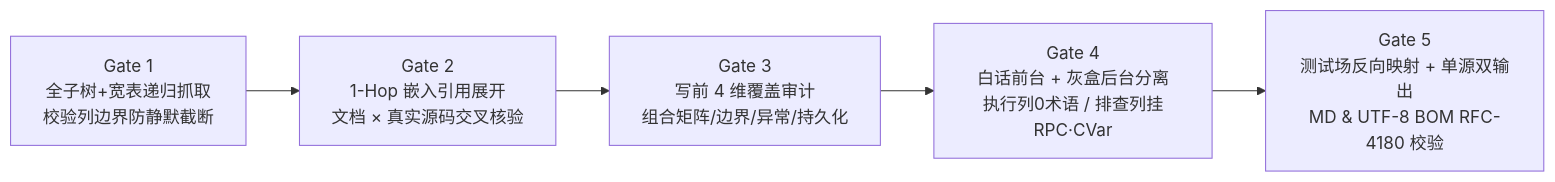
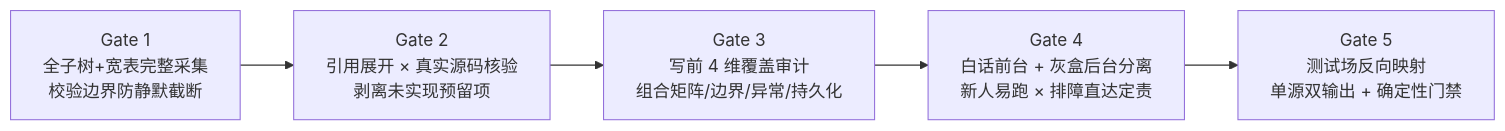
The diagram in 02-ai-eval-and-simulation/README.md (feng46430-cloud/ai-engineering-portfolio), drawn with Mermaid before and after one commit. The commit also changed other lines of this file and 17 other files, not shown here.

````diff
--- a/02-ai-eval-and-simulation/README.md
+++ b/02-ai-eval-and-simulation/README.md
@@ -13,7 +31,7 @@
 ```mermaid
 flowchart LR
-    G1["Gate 1<br/>全子树+宽表递归抓取<br/>校验列边界防静默截断"] --> G2["Gate 2<br/>1-Hop 嵌入引用展开<br/>文档 × 真实源码交叉核验"]
+    G1["Gate 1<br/>全子树+宽表完整采集<br/>校验边界防静默截断"] --> G2["Gate 2<br/>引用展开 × 真实源码核验<br/>剥离未实现预留项"]
     G2 --> G3["Gate 3<br/>写前 4 维覆盖审计<br/>组合矩阵/边界/异常/持久化"]
-    G3 --> G4["Gate 4<br/>白话前台 + 灰盒后台分离<br/>执行列0术语 / 排查列挂RPC·CVar"]
-    G4 --> G5["Gate 5<br/>测试场反向映射 + 单源双输出<br/>MD & UTF-8 BOM RFC-4180 校验"]
+    G3 --> G4["Gate 4<br/>白话前台 + 灰盒后台分离<br/>新人易跑 × 排障直达定责"]
+    G4 --> G5["Gate 5<br/>测试场反向映射<br/>单源双输出 + 确定性门禁"]
 ```
````
